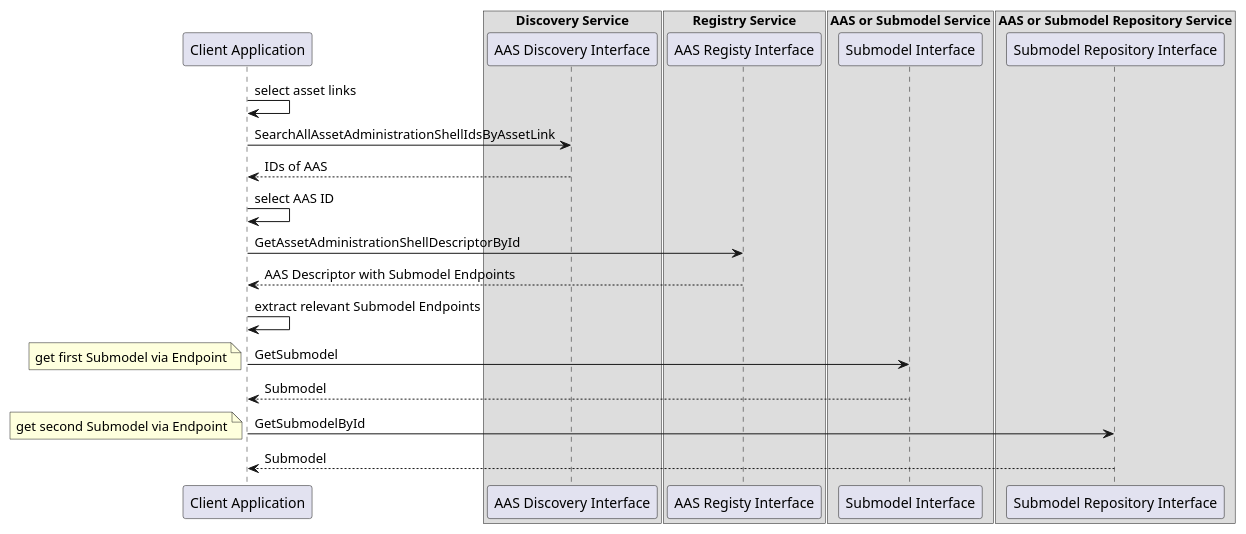
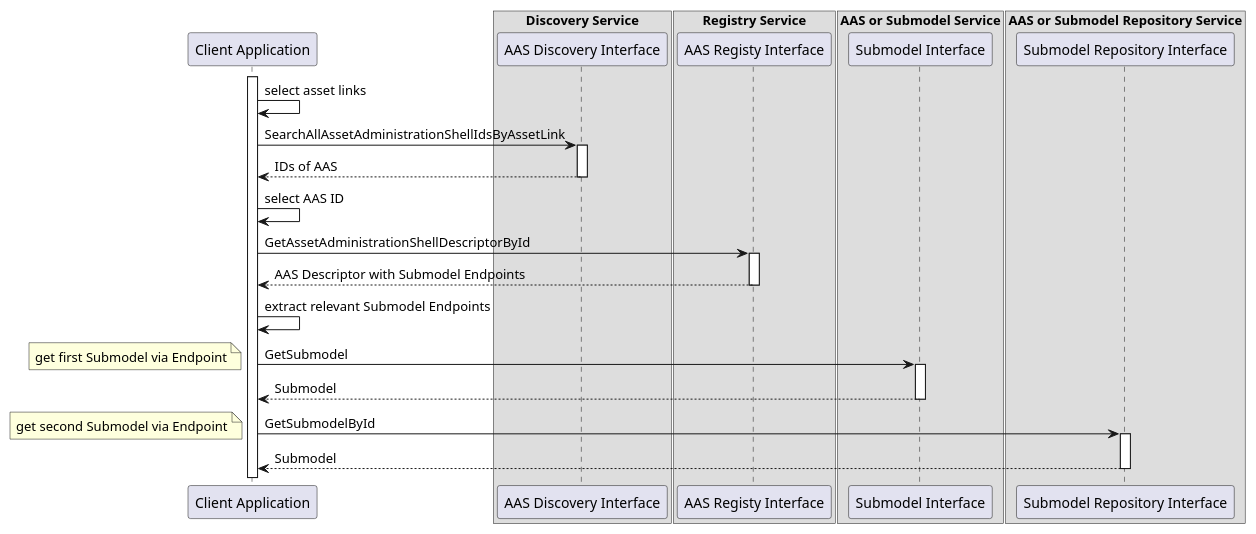
Before and after one commit to admin-shell-io/aas-specs-api: the diagram in documentation/IDTA-01002-3/modules/ROOT/partials/diagrams/seq-sm-endpoints.puml, drawn with PlantUML. The commit also changed 19 other files, not shown here.

```diff
--- a/documentation/IDTA-01002-3/modules/ROOT/partials/diagrams/seq-sm-endpoints.puml
+++ b/documentation/IDTA-01002-3/modules/ROOT/partials/diagrams/seq-sm-endpoints.puml
@@ -1,46 +1,55 @@
 @startuml
 
 participant Client as "Client Application"
 
 
 box "Discovery Service"
   participant AASDiscovery as "AAS Discovery Interface"
 end box
 
 box "Registry Service"
    participant AASRegistry as "AAS Registy Interface"
 end box
 
 box "AAS or Submodel Service"
   participant iSM as "Submodel Interface"
 end box
 
 box "AAS or Submodel Repository Service"
   participant SMRepo as "Submodel Repository Interface"
 end box
 
+activate Client
 Client -> Client : select asset links
 
 Client -> AASDiscovery: SearchAllAssetAdministrationShellIdsByAssetLink
+activate AASDiscovery
 Client <-- AASDiscovery : IDs of AAS
+deactivate AASDiscovery
 Client -> Client : select AAS ID
 
 
 Client -> AASRegistry : GetAssetAdministrationShellDescriptorById
+activate AASRegistry
 Client <-- AASRegistry : AAS Descriptor with Submodel Endpoints
+deactivate AASRegistry
 Client -> Client : extract relevant Submodel Endpoints
 
 
 Client -> iSM : GetSubmodel
+activate iSM
 note left
 get first Submodel via Endpoint
 end note
 Client <-- iSM : Submodel
+deactivate iSM
 
 Client -> SMRepo: GetSubmodelById
+activate SMRepo
 note left
 get second Submodel via Endpoint
 end note
 Client <-- SMRepo : Submodel
+deactivate SMRepo
 
 @enduml
```
